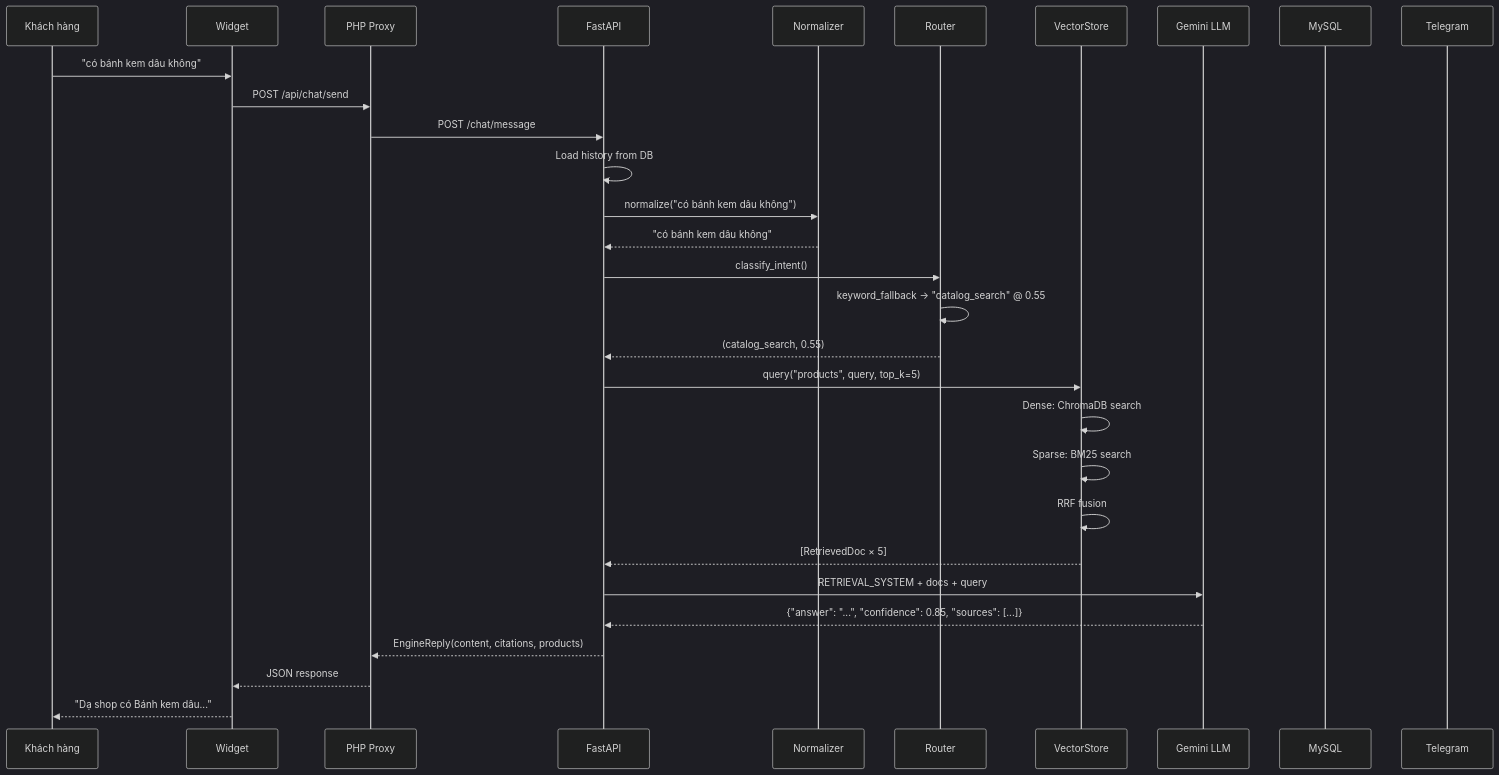
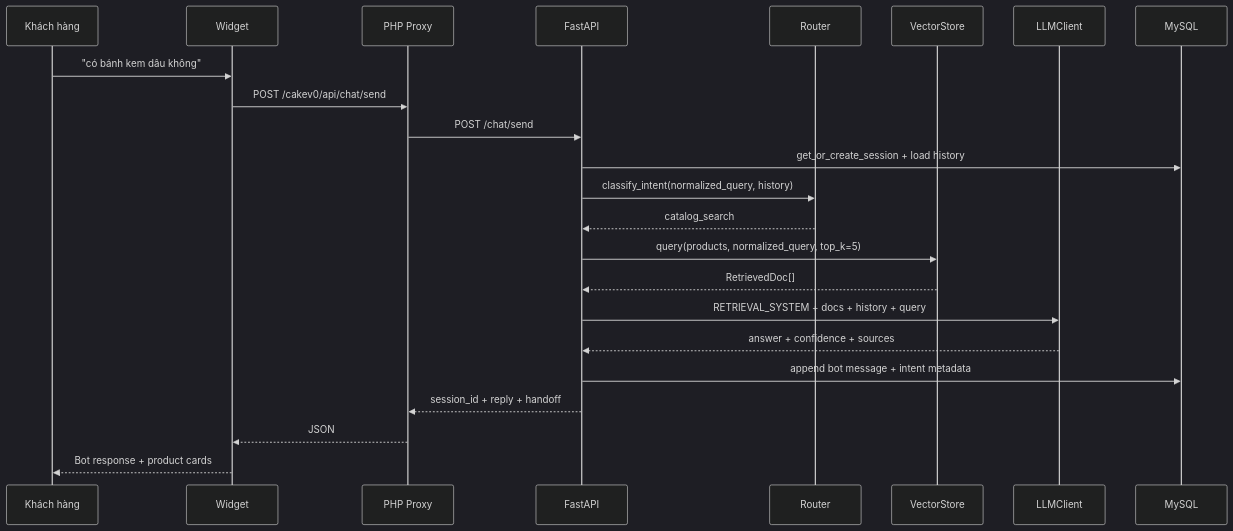
One commit to nhatanhvodev/cakev0 changed the seventh of 9 diagrams in docs/thesis/architecture-diagrams.md. Above: the diagram before and after it, drawn with Mermaid (dark theme). The commit also changed other lines of this file and 14 other files, not shown here.

````diff
--- a/docs/thesis/architecture-diagrams.md
+++ b/docs/thesis/architecture-diagrams.md
@@ -238,38 +257,26 @@
 ```mermaid
 sequenceDiagram
     participant U as Khách hàng
     participant W as Widget
     participant P as PHP Proxy
     participant F as FastAPI
-    participant N as Normalizer
     participant R as Router
     participant S as VectorStore
-    participant L as Gemini LLM
+    participant L as LLMClient
     participant DB as MySQL
-    participant TG as Telegram
 
     U->>W: "có bánh kem dâu không"
-    W->>P: POST /api/chat/send
-    P->>F: POST /chat/message
-    F->>F: Load history from DB
-
-    F->>N: normalize("có bánh kem dâu không")
-    N-->>F: "có bánh kem dâu không"
-
-    F->>R: classify_intent()
-    R->>R: keyword_fallback → "catalog_search" @ 0.55
-    R-->>F: (catalog_search, 0.55)
-
-    F->>S: query("products", query, top_k=5)
-    S->>S: Dense: ChromaDB search
-    S->>S: Sparse: BM25 search
-    S->>S: RRF fusion
-    S-->>F: [RetrievedDoc × 5]
-
-    F->>L: RETRIEVAL_SYSTEM + docs + query
-    L-->>F: {"answer": "...", "confidence": 0.85, "sources": [...]}
-
-    F-->>P: EngineReply(content, citations, products)
-    P-->>W: JSON response
-    W-->>U: "Dạ shop có Bánh kem dâu..."
+    W->>P: POST /cakev0/api/chat/send
+    P->>F: POST /chat/send
+    F->>DB: get_or_create_session + load history
+    F->>R: classify_intent(normalized_query, history)
+    R-->>F: catalog_search
+    F->>S: query(products, normalized_query, top_k=5)
+    S-->>F: RetrievedDoc[]
+    F->>L: RETRIEVAL_SYSTEM + docs + history + query
+    L-->>F: answer + confidence + sources
+    F->>DB: append bot message + intent metadata
+    F-->>P: session_id + reply + handoff
+    P-->>W: JSON
+    W-->>U: Bot response + product cards
 ```
````
